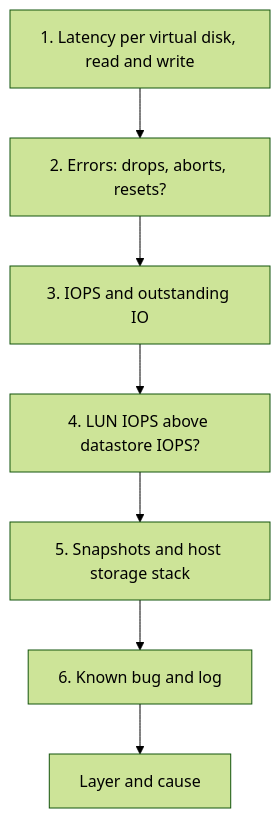
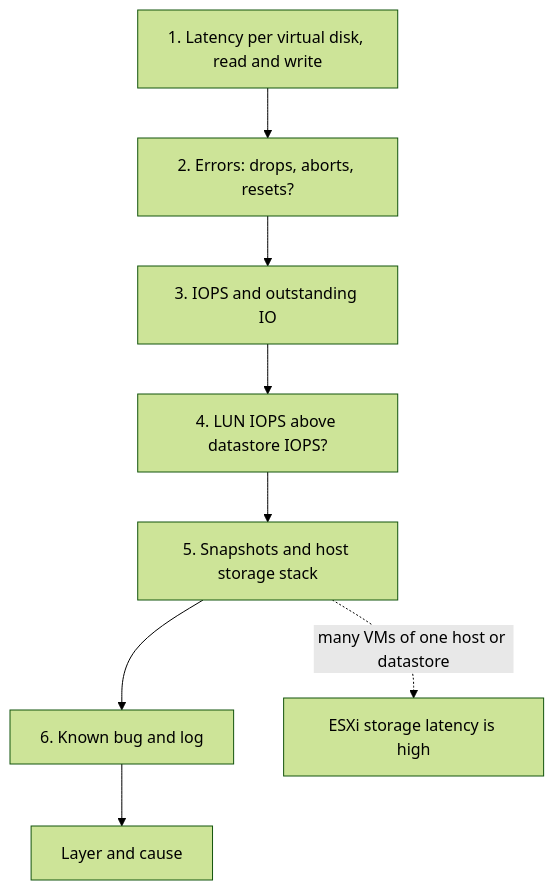
One commit to e1-rahabok/agent-e2 changed the diagram in knowledge/vsphere/technology/storage/troubleshooting/vm-storage-performance-checks.md. Above: the diagram before and after it, drawn with Mermaid (forest theme). The commit also changed 14 other files, not shown here.

First line of the commit message:
Flow charts: every hand-off box opens its flow

````diff
--- a/knowledge/vsphere/technology/storage/troubleshooting/vm-storage-performance-checks.md
+++ b/knowledge/vsphere/technology/storage/troubleshooting/vm-storage-performance-checks.md
@@ -8,9 +8,11 @@
 ```mermaid
 flowchart TD
   S1[1. Latency per virtual disk, read and write] --> S2[2. Errors: drops, aborts, resets?]
   S2 --> S3[3. IOPS and outstanding IO]
   S3 --> S4[4. LUN IOPS above datastore IOPS?]
   S4 --> S5[5. Snapshots and host storage stack]
   S5 --> S6[6. Known bug and log]
   S6 --> E6[Layer and cause]
+  S5 -.->|many VMs of one host or datastore| T5["ESXi storage latency is high"]
+  click T5 "https://github.com/e1-rahabok/agent-e2/blob/main/knowledge/vsphere/technology/storage/troubleshooting/host-storage-latency.md" "ESXi storage latency is high" _blank
 ```
````
